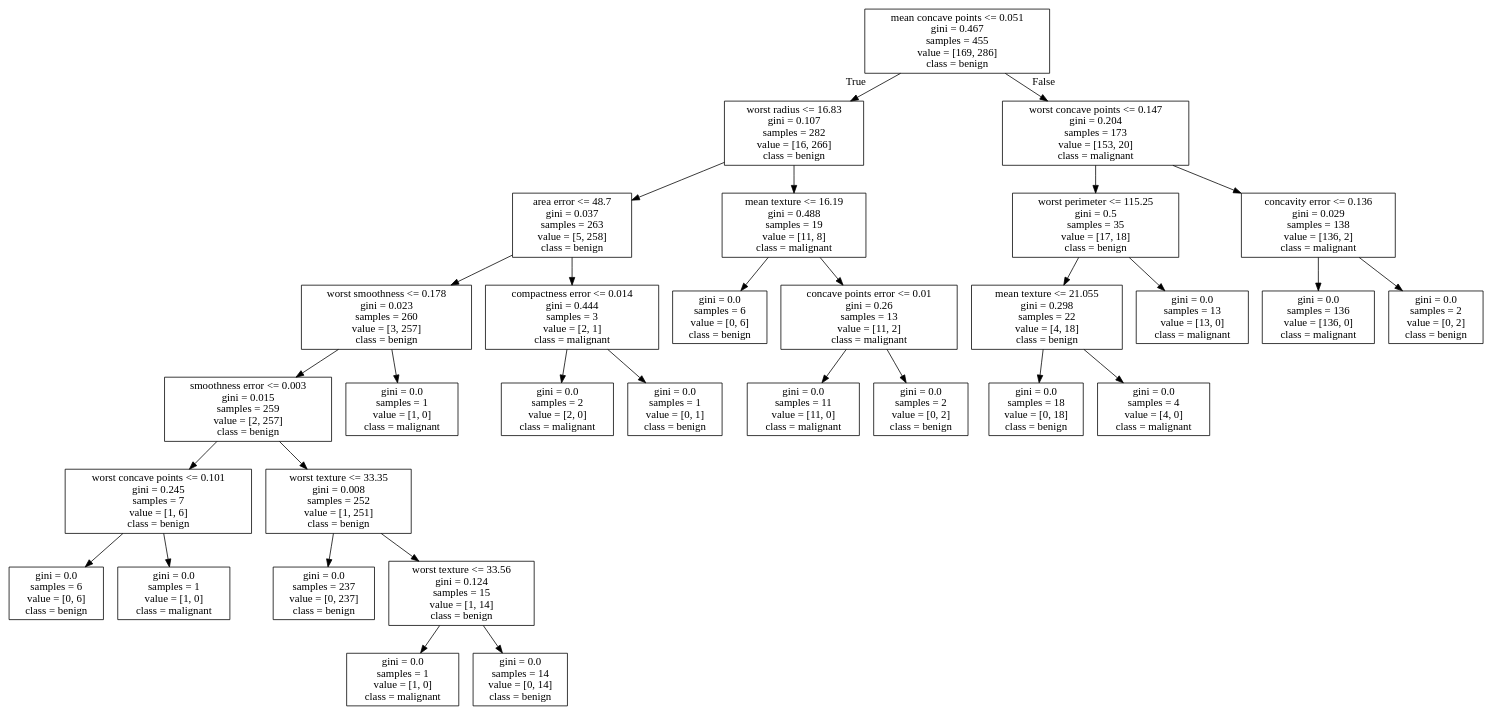
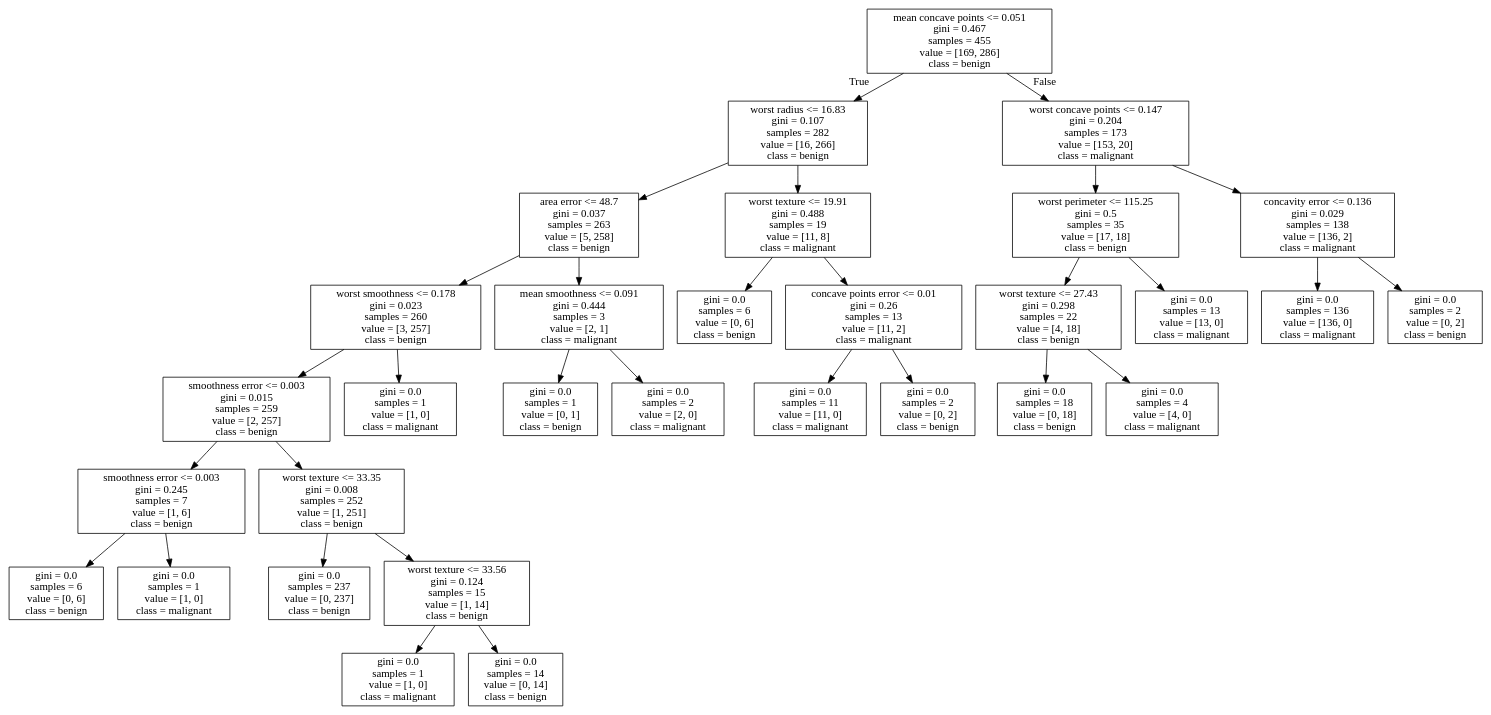
Before and after one commit to Edisson-UDA/practicasIA: the diagram in lab5/lab5/tree.dot, drawn with Graphviz. The commit also changed 4 other files, not shown here.

```diff
--- a/lab5/lab5/tree.dot
+++ b/lab5/lab5/tree.dot
@@ -1,64 +1,64 @@
 digraph Tree {
 node [shape=box] ;
 0 [label="mean concave points <= 0.051\ngini = 0.467\nsamples = 455\nvalue = [169, 286]\nclass = benign"] ;
 1 [label="worst radius <= 16.83\ngini = 0.107\nsamples = 282\nvalue = [16, 266]\nclass = benign"] ;
 0 -> 1 [labeldistance=2.5, labelangle=45, headlabel="True"] ;
 2 [label="area error <= 48.7\ngini = 0.037\nsamples = 263\nvalue = [5, 258]\nclass = benign"] ;
 1 -> 2 ;
 3 [label="worst smoothness <= 0.178\ngini = 0.023\nsamples = 260\nvalue = [3, 257]\nclass = benign"] ;
 2 -> 3 ;
 4 [label="smoothness error <= 0.003\ngini = 0.015\nsamples = 259\nvalue = [2, 257]\nclass = benign"] ;
 3 -> 4 ;
-5 [label="worst concave points <= 0.101\ngini = 0.245\nsamples = 7\nvalue = [1, 6]\nclass = benign"] ;
+5 [label="smoothness error <= 0.003\ngini = 0.245\nsamples = 7\nvalue = [1, 6]\nclass = benign"] ;
 4 -> 5 ;
 6 [label="gini = 0.0\nsamples = 6\nvalue = [0, 6]\nclass = benign"] ;
 5 -> 6 ;
 7 [label="gini = 0.0\nsamples = 1\nvalue = [1, 0]\nclass = malignant"] ;
 5 -> 7 ;
 8 [label="worst texture <= 33.35\ngini = 0.008\nsamples = 252\nvalue = [1, 251]\nclass = benign"] ;
 4 -> 8 ;
 9 [label="gini = 0.0\nsamples = 237\nvalue = [0, 237]\nclass = benign"] ;
 8 -> 9 ;
 10 [label="worst texture <= 33.56\ngini = 0.124\nsamples = 15\nvalue = [1, 14]\nclass = benign"] ;
 8 -> 10 ;
 11 [label="gini = 0.0\nsamples = 1\nvalue = [1, 0]\nclass = malignant"] ;
 10 -> 11 ;
 12 [label="gini = 0.0\nsamples = 14\nvalue = [0, 14]\nclass = benign"] ;
 10 -> 12 ;
 13 [label="gini = 0.0\nsamples = 1\nvalue = [1, 0]\nclass = malignant"] ;
 3 -> 13 ;
-14 [label="compactness error <= 0.014\ngini = 0.444\nsamples = 3\nvalue = [2, 1]\nclass = malignant"] ;
+14 [label="mean smoothness <= 0.091\ngini = 0.444\nsamples = 3\nvalue = [2, 1]\nclass = malignant"] ;
 2 -> 14 ;
-15 [label="gini = 0.0\nsamples = 2\nvalue = [2, 0]\nclass = malignant"] ;
+15 [label="gini = 0.0\nsamples = 1\nvalue = [0, 1]\nclass = benign"] ;
 14 -> 15 ;
-16 [label="gini = 0.0\nsamples = 1\nvalue = [0, 1]\nclass = benign"] ;
+16 [label="gini = 0.0\nsamples = 2\nvalue = [2, 0]\nclass = malignant"] ;
 14 -> 16 ;
-17 [label="mean texture <= 16.19\ngini = 0.488\nsamples = 19\nvalue = [11, 8]\nclass = malignant"] ;
+17 [label="worst texture <= 19.91\ngini = 0.488\nsamples = 19\nvalue = [11, 8]\nclass = malignant"] ;
 1 -> 17 ;
 18 [label="gini = 0.0\nsamples = 6\nvalue = [0, 6]\nclass = benign"] ;
 17 -> 18 ;
 19 [label="concave points error <= 0.01\ngini = 0.26\nsamples = 13\nvalue = [11, 2]\nclass = malignant"] ;
 17 -> 19 ;
 20 [label="gini = 0.0\nsamples = 11\nvalue = [11, 0]\nclass = malignant"] ;
 19 -> 20 ;
 21 [label="gini = 0.0\nsamples = 2\nvalue = [0, 2]\nclass = benign"] ;
 19 -> 21 ;
 22 [label="worst concave points <= 0.147\ngini = 0.204\nsamples = 173\nvalue = [153, 20]\nclass = malignant"] ;
 0 -> 22 [labeldistance=2.5, labelangle=-45, headlabel="False"] ;
 23 [label="worst perimeter <= 115.25\ngini = 0.5\nsamples = 35\nvalue = [17, 18]\nclass = benign"] ;
 22 -> 23 ;
-24 [label="mean texture <= 21.055\ngini = 0.298\nsamples = 22\nvalue = [4, 18]\nclass = benign"] ;
+24 [label="worst texture <= 27.43\ngini = 0.298\nsamples = 22\nvalue = [4, 18]\nclass = benign"] ;
 23 -> 24 ;
 25 [label="gini = 0.0\nsamples = 18\nvalue = [0, 18]\nclass = benign"] ;
 24 -> 25 ;
 26 [label="gini = 0.0\nsamples = 4\nvalue = [4, 0]\nclass = malignant"] ;
 24 -> 26 ;
 27 [label="gini = 0.0\nsamples = 13\nvalue = [13, 0]\nclass = malignant"] ;
 23 -> 27 ;
 28 [label="concavity error <= 0.136\ngini = 0.029\nsamples = 138\nvalue = [136, 2]\nclass = malignant"] ;
 22 -> 28 ;
 29 [label="gini = 0.0\nsamples = 136\nvalue = [136, 0]\nclass = malignant"] ;
 28 -> 29 ;
 30 [label="gini = 0.0\nsamples = 2\nvalue = [0, 2]\nclass = benign"] ;
 28 -> 30 ;
 }
```
